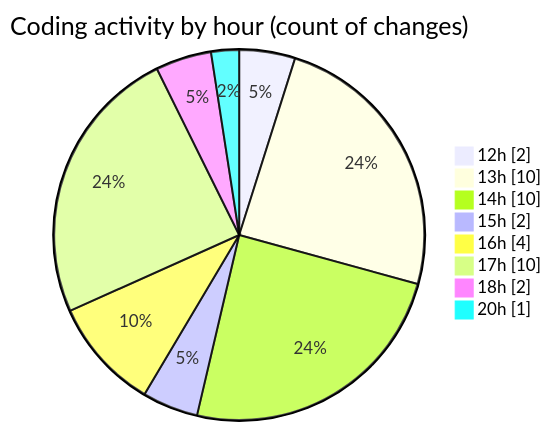
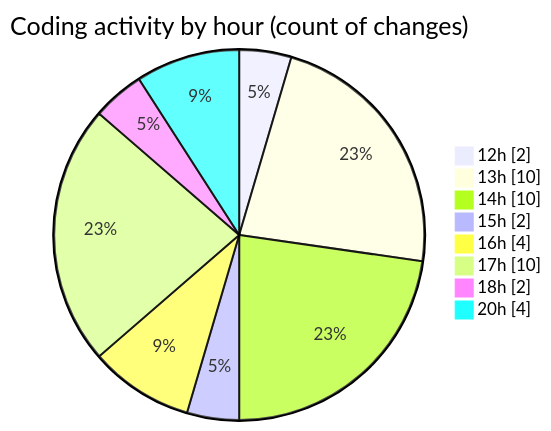
One commit to shibass792/code-tracking changed the second of 2 diagrams in 2026-07-12/untitled__workspace_/README.md. Above: the diagram before and after it, drawn with Mermaid. The commit also changed other lines of this file and 1 other file, not shown here.

````diff
--- a/2026-07-12/untitled__workspace_/README.md
+++ b/2026-07-12/untitled__workspace_/README.md
@@ -39,12 +39,12 @@
 ```mermaid
 pie showData
 title Coding activity by hour (count of changes)
 "12h" : 2
 "13h" : 10
 "14h" : 10
 "15h" : 2
 "16h" : 4
 "17h" : 10
 "18h" : 2
-"20h" : 1
+"20h" : 4
 ```
````
